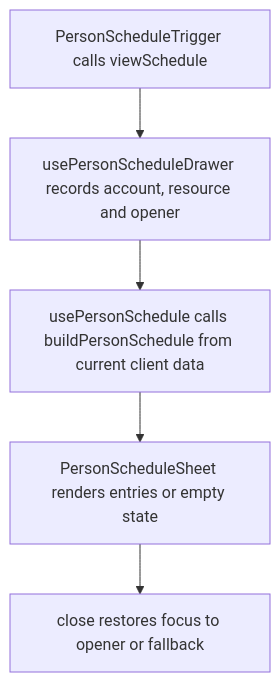
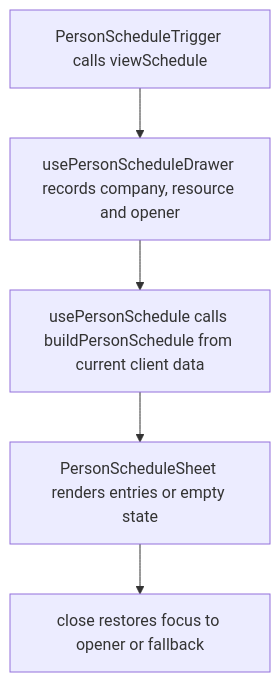
One commit to Kevinjohn/capacitylens changed the second of 2 diagrams in user-stories/scheduler/US-SCH-20-person-schedule-drawer.md. Above: the diagram before and after it, drawn with Mermaid. The commit also changed 285 other files, not shown here.

````diff
--- a/user-stories/scheduler/US-SCH-20-person-schedule-drawer.md
+++ b/user-stories/scheduler/US-SCH-20-person-schedule-drawer.md
@@ -33,7 +33,7 @@
 ```mermaid
 flowchart TD
-  A["PersonScheduleTrigger calls viewSchedule"] --> B["usePersonScheduleDrawer records account, resource and opener"]
+  A["PersonScheduleTrigger calls viewSchedule"] --> B["usePersonScheduleDrawer records company, resource and opener"]
   B --> C["usePersonSchedule calls buildPersonSchedule from current client data"]
   C --> D["PersonScheduleSheet renders entries or empty state"]
   D --> E["close restores focus to opener or fallback"]
 ```
````
